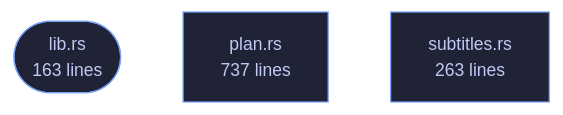
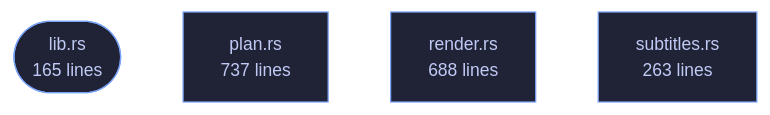
Before and after one commit to tilas01/veilvoice: the diagram in crates/veilvoice-conversation/README.md, drawn with Mermaid. The commit also changed other lines of this file and 43 other files, not shown here.

````diff
--- a/crates/veilvoice-conversation/README.md
+++ b/crates/veilvoice-conversation/README.md
@@ -82,10 +83,12 @@
 ```mermaid
 %%{init: {"theme":"base","themeVariables":{"background":"#1a1b26","primaryColor":"#1f2335","primaryTextColor":"#c0caf5","primaryBorderColor":"#7aa2f7","secondaryColor":"#16161e","tertiaryColor":"#16161e","lineColor":"#737aa2","textColor":"#c0caf5","mainBkg":"#1f2335","nodeBorder":"#7aa2f7","clusterBkg":"#16161e","clusterBorder":"#2f3549","fontFamily":"ui-monospace, SFMono-Regular, Consolas, monospace","fontSize":"14px"}}}%%
 flowchart TD
-    n_lib(["lib.rs<br/>163 lines"])
+    n_lib(["lib.rs<br/>165 lines"])
     n_plan["plan.rs<br/>737 lines"]
+    n_render["render.rs<br/>688 lines"]
     n_subtitles["subtitles.rs<br/>263 lines"]
     click n_lib href "https://github.com/tilas01/veilvoice/blob/main/crates/veilvoice-conversation/src/lib.rs" "open the source"
     click n_plan href "https://github.com/tilas01/veilvoice/blob/main/crates/veilvoice-conversation/src/plan.rs" "open the source"
+    click n_render href "https://github.com/tilas01/veilvoice/blob/main/crates/veilvoice-conversation/src/render.rs" "open the source"
     click n_subtitles href "https://github.com/tilas01/veilvoice/blob/main/crates/veilvoice-conversation/src/subtitles.rs" "open the source"
 ```
````
